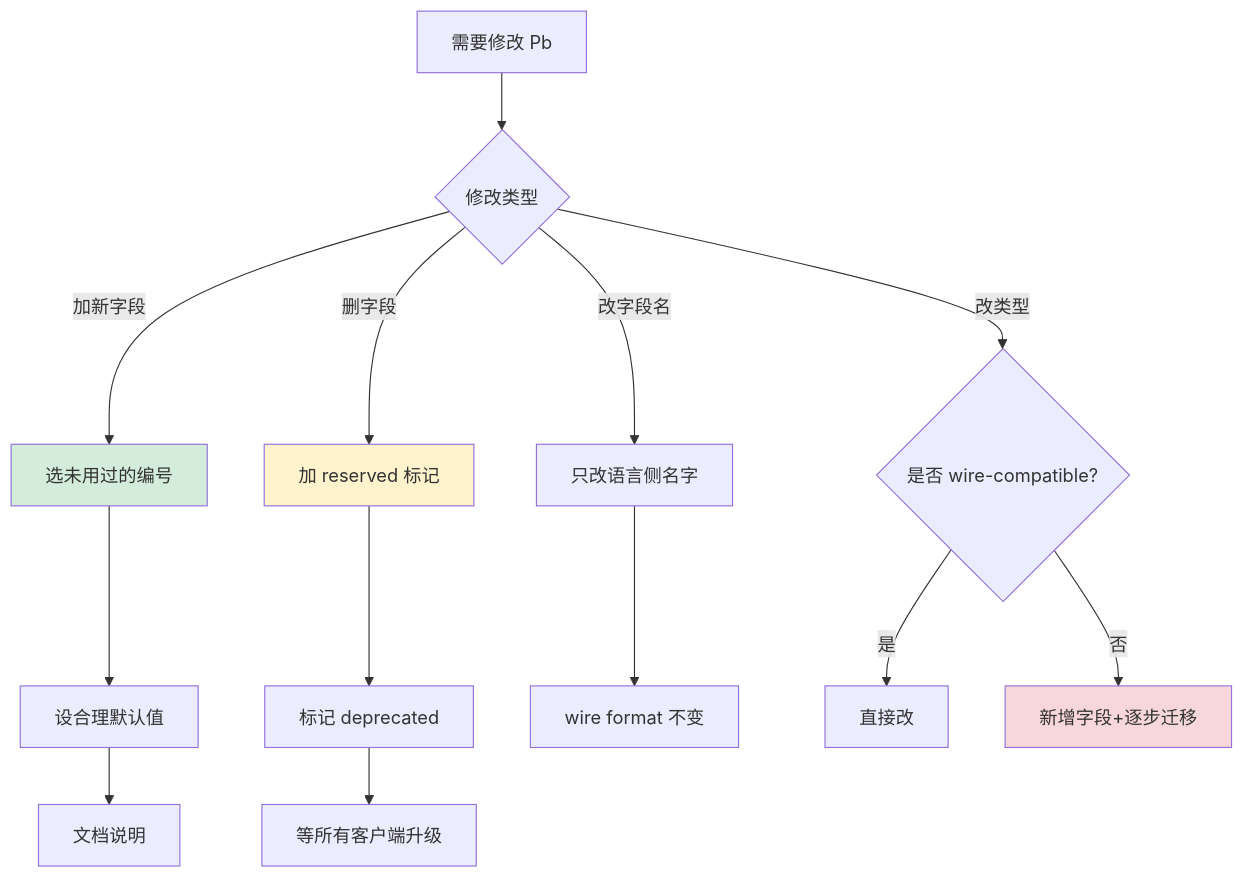
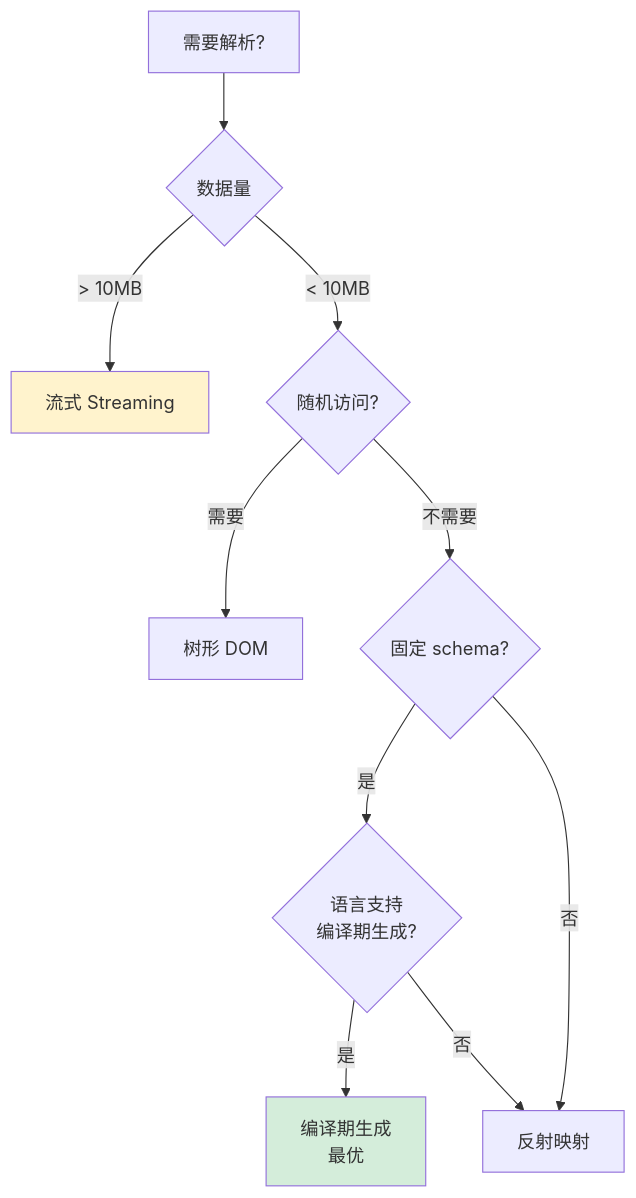
The fourth of 6 diagrams in docs/10.专栏/02.程序编程原理/02.数据的本质/09.数据解析设计思想.md (chongyang211/YCBookBlog), drawn with Mermaid before and after one commit. The commit also changed other lines of this file and 9 other files, not shown here.

````diff
--- a/docs/10.专栏/02.程序编程原理/02.数据的本质/09.数据解析设计思想.md
+++ b/docs/10.专栏/02.程序编程原理/02.数据的本质/09.数据解析设计思想.md
@@ -3988,23 +290,15 @@
 ```mermaid
 flowchart TD
-    A[需要修改 Pb] --> B{修改类型}
-    
-    B -->|加新字段| C[选未用过的编号]
-    C --> D[设合理默认值]
-    D --> E[文档说明]
-    
-    B -->|删字段| F[加 reserved 标记]
-    F --> G[标记 deprecated]
-    G --> H[等所有客户端升级]
-    
-    B -->|改字段名| I[只改语言侧名字]
-    I --> J[wire format 不变]
-    
-    B -->|改类型| K{是否 wire-compatible?}
-    K -->|是| L[直接改]
-    K -->|否| M[新增字段+逐步迁移]
+    A[需要解析?] --> B{数据量}
+    B -->|> 10MB| C[流式 Streaming]
+    B -->|< 10MB| D{随机访问?}
+    D -->|需要| E[树形 DOM]
+    D -->|不需要| F{固定 schema?}
+    F -->|是| G{语言支持<br/>编译期生成?}
+    F -->|否| H[反射映射]
+    G -->|是| I[编译期生成<br/>最优]
+    G -->|否| H
 
-    style C fill:#d4edda
-    style F fill:#fff3cd
-    style M fill:#f8d7da
+    style C fill:#fff3cd
+    style I fill:#d4edda
 ```
````
